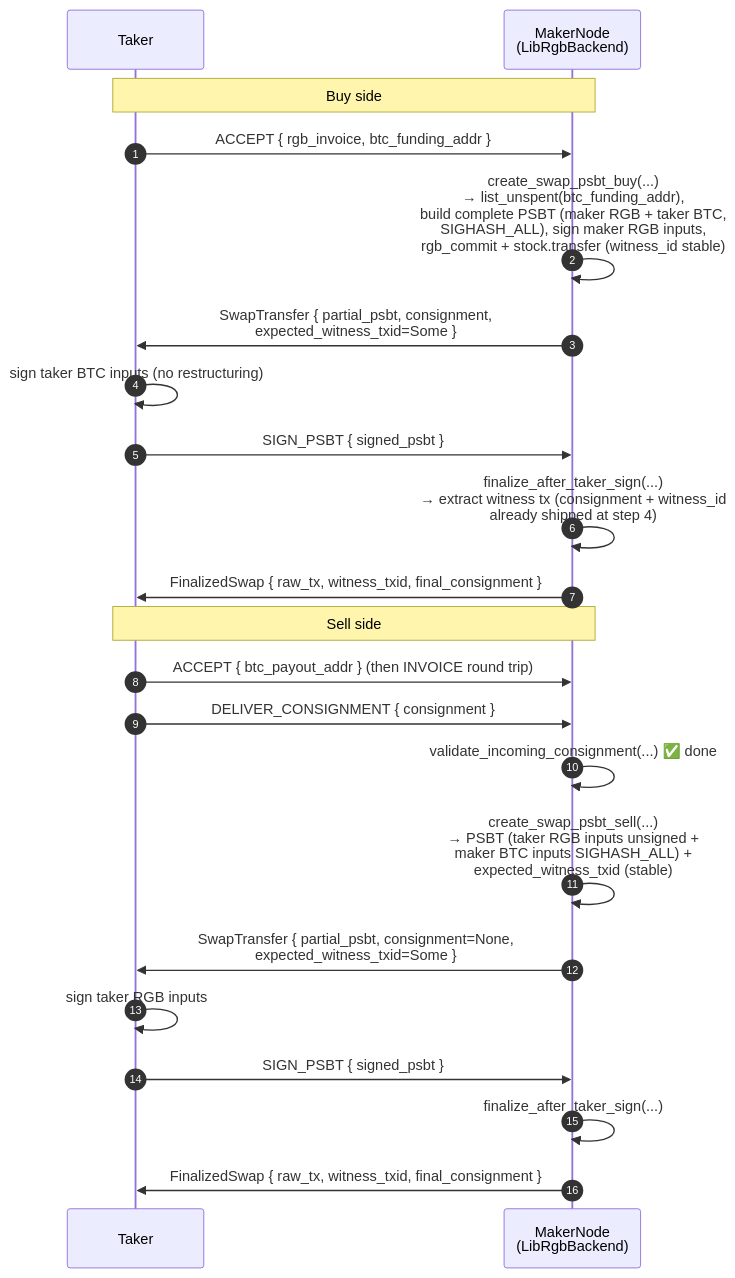
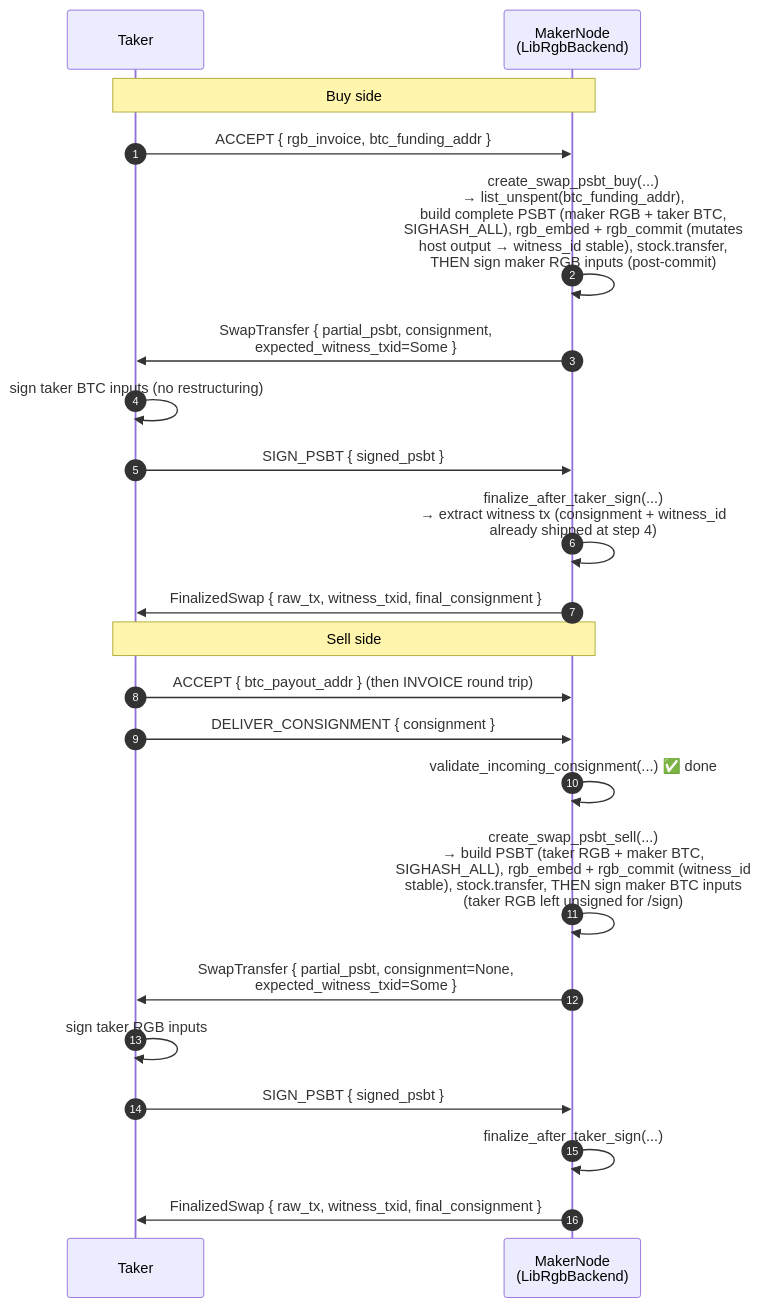
Before and after one commit to pxr64/rfq: the diagram in docs/swap-psbt-design.md, drawn with Mermaid. The commit also changed other lines of this file, not shown here.

````diff
--- a/docs/swap-psbt-design.md
+++ b/docs/swap-psbt-design.md
@@ -22,26 +22,26 @@
 ```mermaid
 sequenceDiagram
     autonumber
     participant T as Taker
     participant N as MakerNode<br/>(LibRgbBackend)
 
     Note over T,N: Buy side
     T->>N: ACCEPT { rgb_invoice, btc_funding_addr }
-    N->>N: create_swap_psbt_buy(...)<br/>→ list_unspent(btc_funding_addr),<br/>build complete PSBT (maker RGB + taker BTC,<br/>SIGHASH_ALL), sign maker RGB inputs,<br/>rgb_commit + stock.transfer (witness_id stable)
+    N->>N: create_swap_psbt_buy(...)<br/>→ list_unspent(btc_funding_addr),<br/>build complete PSBT (maker RGB + taker BTC,<br/>SIGHASH_ALL), rgb_embed + rgb_commit (mutates<br/>host output → witness_id stable), stock.transfer,<br/>THEN sign maker RGB inputs (post-commit)
     N->>T: SwapTransfer { partial_psbt, consignment,<br/>expected_witness_txid=Some }
     T->>T: sign taker BTC inputs (no restructuring)
     T->>N: SIGN_PSBT { signed_psbt }
     N->>N: finalize_after_taker_sign(...)<br/>→ extract witness tx (consignment + witness_id<br/>already shipped at step 4)
     N->>T: FinalizedSwap { raw_tx, witness_txid, final_consignment }
 
     Note over T,N: Sell side
     T->>N: ACCEPT { btc_payout_addr } (then INVOICE round trip)
     T->>N: DELIVER_CONSIGNMENT { consignment }
     N->>N: validate_incoming_consignment(...)  ✅ done
-    N->>N: create_swap_psbt_sell(...)<br/>→ PSBT (taker RGB inputs unsigned +<br/>maker BTC inputs SIGHASH_ALL) +<br/>expected_witness_txid (stable)
+    N->>N: create_swap_psbt_sell(...)<br/>→ build PSBT (taker RGB + maker BTC,<br/>SIGHASH_ALL), rgb_embed + rgb_commit (witness_id<br/>stable), stock.transfer, THEN sign maker BTC inputs<br/>(taker RGB left unsigned for /sign)
     N->>T: SwapTransfer { partial_psbt, consignment=None,<br/>expected_witness_txid=Some }
     T->>T: sign taker RGB inputs
     T->>N: SIGN_PSBT { signed_psbt }
     N->>N: finalize_after_taker_sign(...)
     N->>T: FinalizedSwap { raw_tx, witness_txid, final_consignment }
 ```
````
